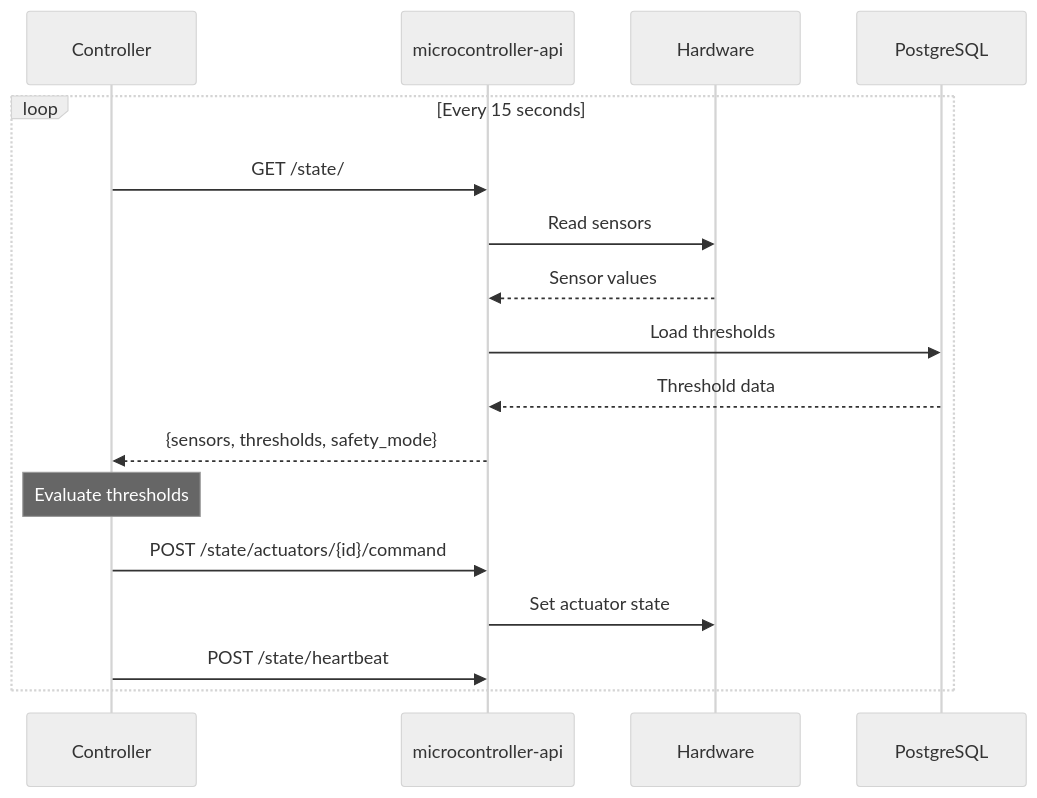
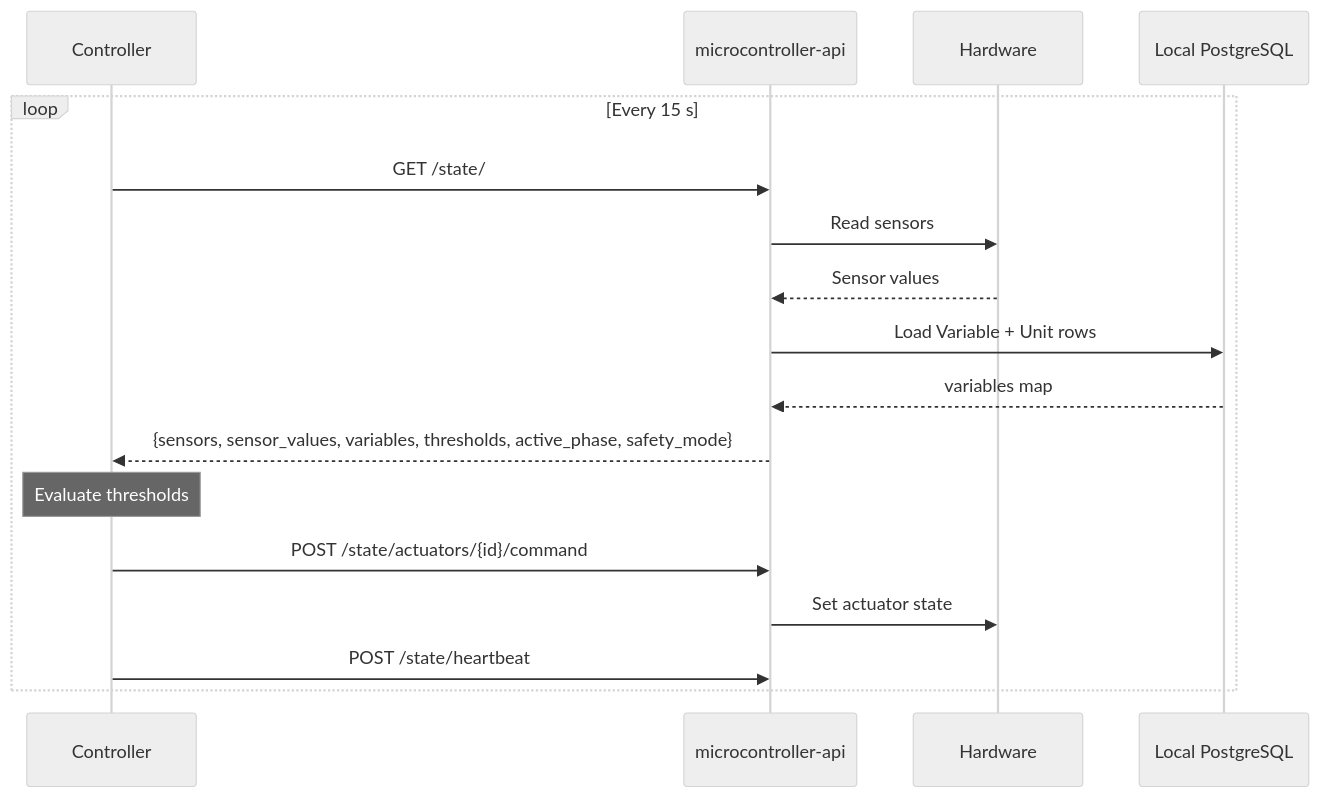
One commit to GreenThumbProject/docs changed the second of 3 diagrams in docs/architecture/overview.md. Above: the diagram before and after it, drawn with Mermaid (neutral theme). The commit also changed other lines of this file and 12 other files, not shown here.

````diff
--- a/docs/architecture/overview.md
+++ b/docs/architecture/overview.md
@@ -114,23 +125,23 @@
 ```mermaid
 sequenceDiagram
     participant CTRL as Controller
     participant API as microcontroller-api
     participant HW as Hardware
-    participant DB as PostgreSQL
-    
-    loop Every 15 seconds
+    participant DB as Local PostgreSQL
+
+    loop Every 15 s
         CTRL->>API: GET /state/
         API->>HW: Read sensors
         HW-->>API: Sensor values
-        API->>DB: Load thresholds
-        DB-->>API: Threshold data
-        API-->>CTRL: {sensors, thresholds, safety_mode}
-        
+        API->>DB: Load Variable + Unit rows
+        DB-->>API: variables map
+        API-->>CTRL: {sensors, sensor_values, variables, thresholds, active_phase, safety_mode}
+
         Note over CTRL: Evaluate thresholds
-        
+
         CTRL->>API: POST /state/actuators/{id}/command
         API->>HW: Set actuator state
-        
+
         CTRL->>API: POST /state/heartbeat
     end
 ```
````
